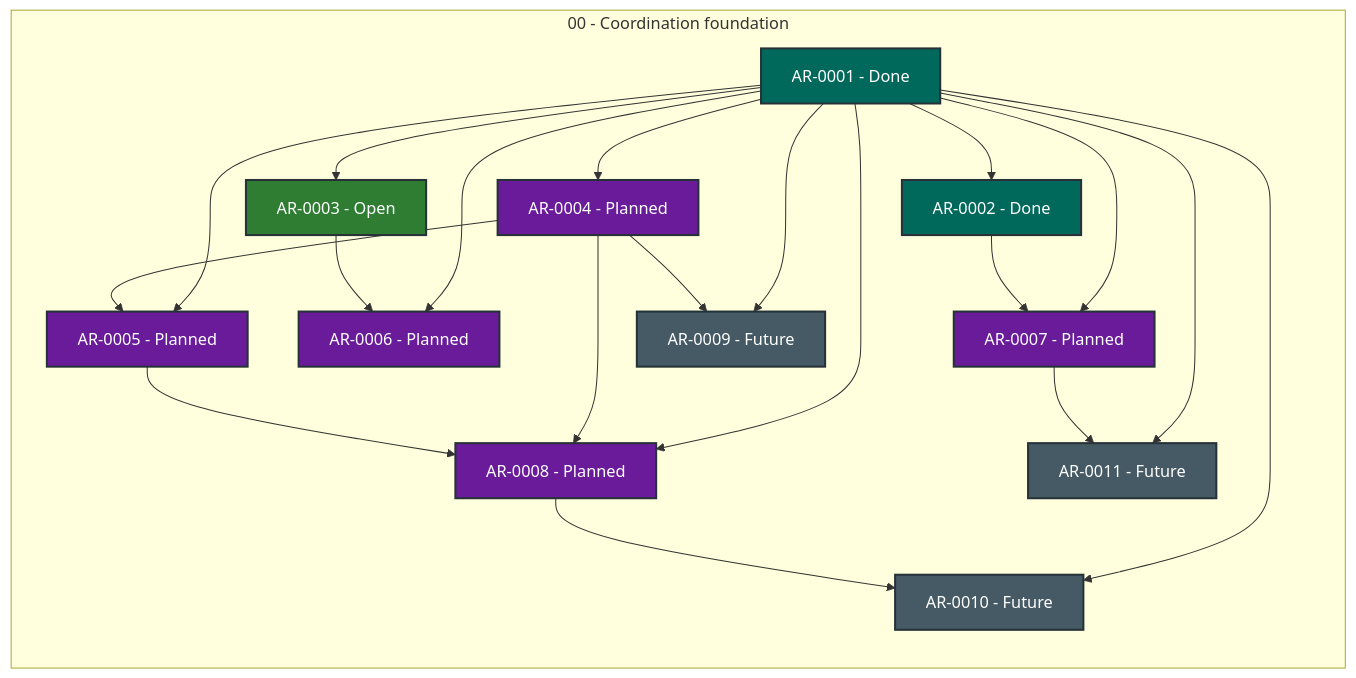
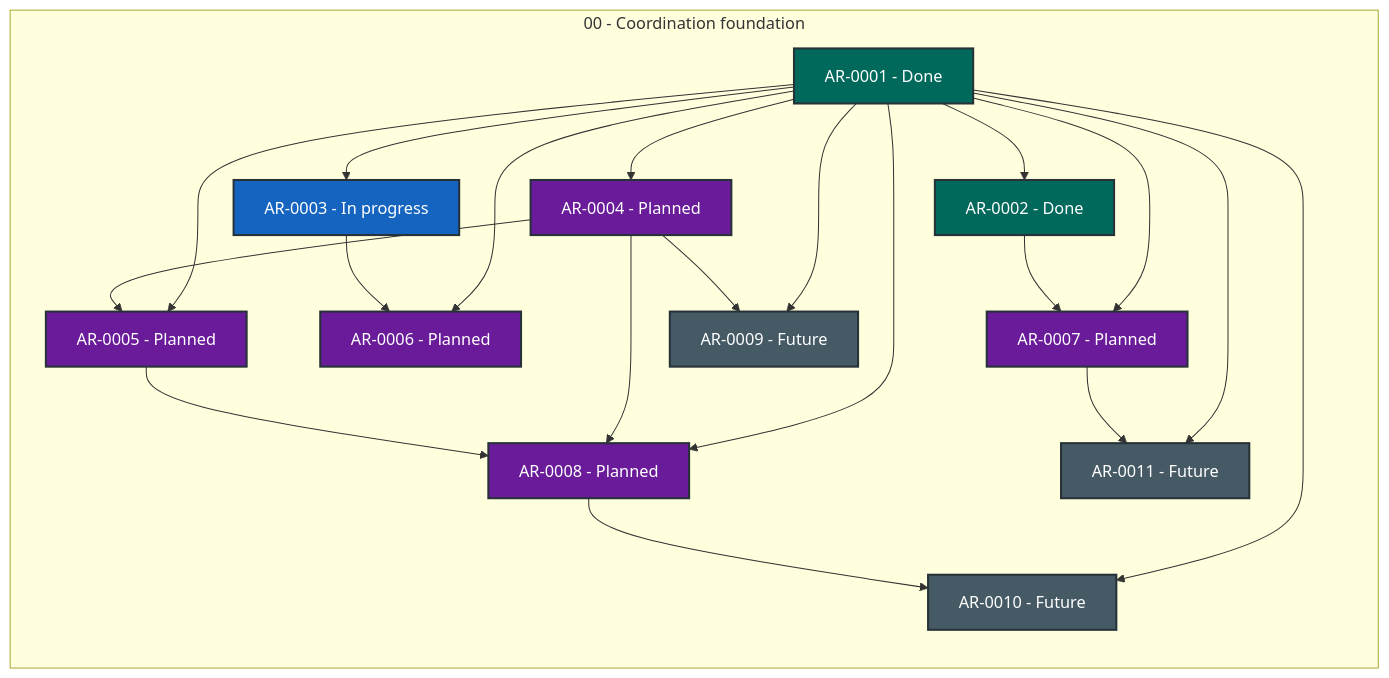
One commit to martin-beck/agent-workflow-quality-state changed the diagram in STATUS.md. Above: the diagram before and after it, drawn with Mermaid. The commit also changed other lines of this file and 2 other files, not shown here.

````diff
--- a/STATUS.md
+++ b/STATUS.md
@@ -27,43 +27,43 @@
 ```mermaid
 flowchart LR
     subgraph series_00["00 - Coordination foundation"]
         direction TB
         AR_0001["AR-0001 - Done"]:::status_done
         AR_0002["AR-0002 - Done"]:::status_done
-        AR_0003["AR-0003 - Open"]:::status_open
+        AR_0003["AR-0003 - In progress"]:::status_in_progress
         AR_0004["AR-0004 - Planned"]:::status_planned
         AR_0005["AR-0005 - Planned"]:::status_planned
         AR_0006["AR-0006 - Planned"]:::status_planned
         AR_0007["AR-0007 - Planned"]:::status_planned
         AR_0008["AR-0008 - Planned"]:::status_planned
         AR_0009["AR-0009 - Future"]:::status_future
         AR_0010["AR-0010 - Future"]:::status_future
         AR_0011["AR-0011 - Future"]:::status_future
     end
     AR_0001 --> AR_0002
     AR_0001 --> AR_0003
     AR_0001 --> AR_0004
     AR_0001 --> AR_0005
     AR_0001 --> AR_0006
     AR_0001 --> AR_0007
     AR_0001 --> AR_0008
     AR_0001 --> AR_0009
     AR_0001 --> AR_0010
     AR_0001 --> AR_0011
     AR_0002 --> AR_0007
     AR_0003 --> AR_0006
     AR_0004 --> AR_0005
     AR_0004 --> AR_0008
     AR_0004 --> AR_0009
     AR_0005 --> AR_0008
     AR_0007 --> AR_0011
     AR_0008 --> AR_0010
     classDef status_in_progress fill:#1565c0,color:#ffffff,stroke:#263238,stroke-width:2px
     classDef status_open fill:#2e7d32,color:#ffffff,stroke:#263238,stroke-width:2px
     classDef status_blocked fill:#c62828,color:#ffffff,stroke:#263238,stroke-width:2px
     classDef status_planned fill:#6a1b9a,color:#ffffff,stroke:#263238,stroke-width:2px
     classDef status_future fill:#455a64,color:#ffffff,stroke:#263238,stroke-width:2px
     classDef status_done fill:#00695c,color:#ffffff,stroke:#263238,stroke-width:2px
     classDef status_cancelled fill:#616161,color:#ffffff,stroke:#263238,stroke-width:2px
     classDef status_superseded fill:#5d4037,color:#ffffff,stroke:#263238,stroke-width:2px
 ```
````
